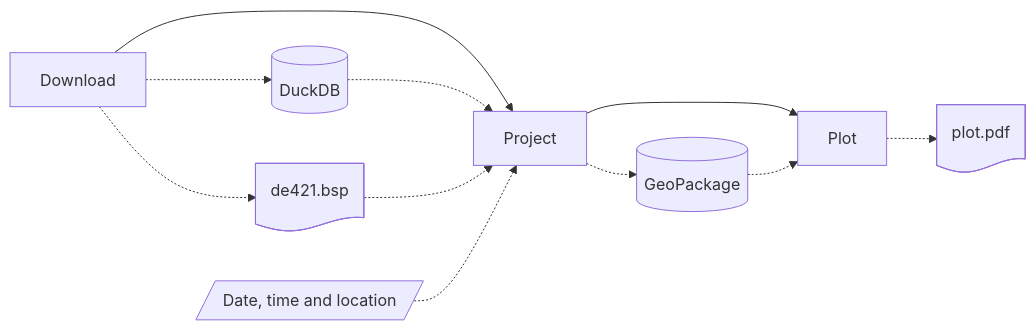
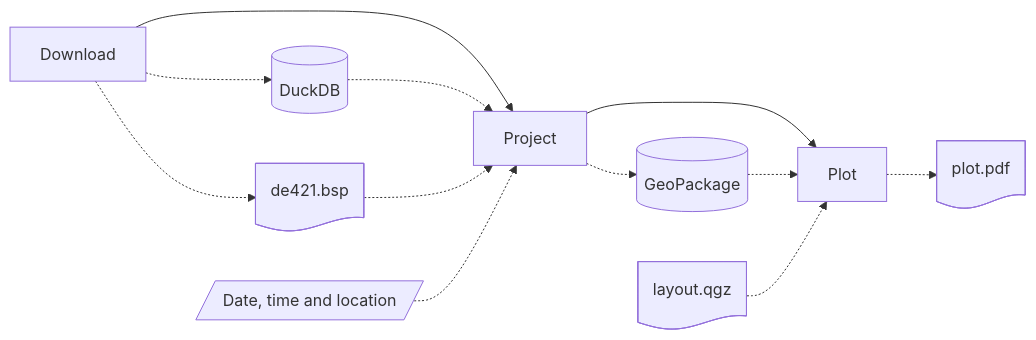
One commit to teofilosalgado/star-chart changed the diagram in README.md. Above: the diagram before and after it, drawn with Mermaid. The commit also changed other lines of this file and 2 other files, not shown here.

````diff
--- a/README.md
+++ b/README.md
@@ -19,15 +19,16 @@
 ```mermaid
 flowchart LR
     A[Download] --> B[Project] --> C[Plot]
     
     A -.-> A1[(DuckDB)]
     A -.-> A2@{ shape: doc, label: "de421.bsp" }
     A1 -.-> B
     A2 -.-> B
 
     B -.-> B1[(GeoPackage)]
     B1 -.-> C
     B2[/Date, time and location/] -.-> B
 
     C -.-> C1@{ shape: doc, label: "plot.pdf" }
+    C2@{ shape: doc, label: "layout.qgz" } -.-> C
 ```
````
